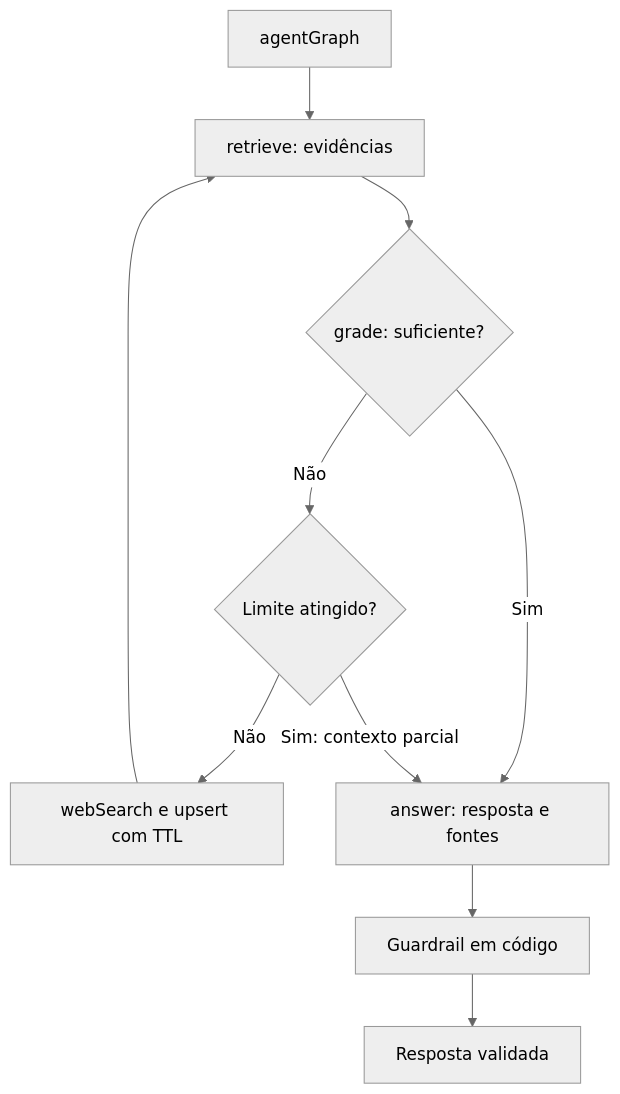
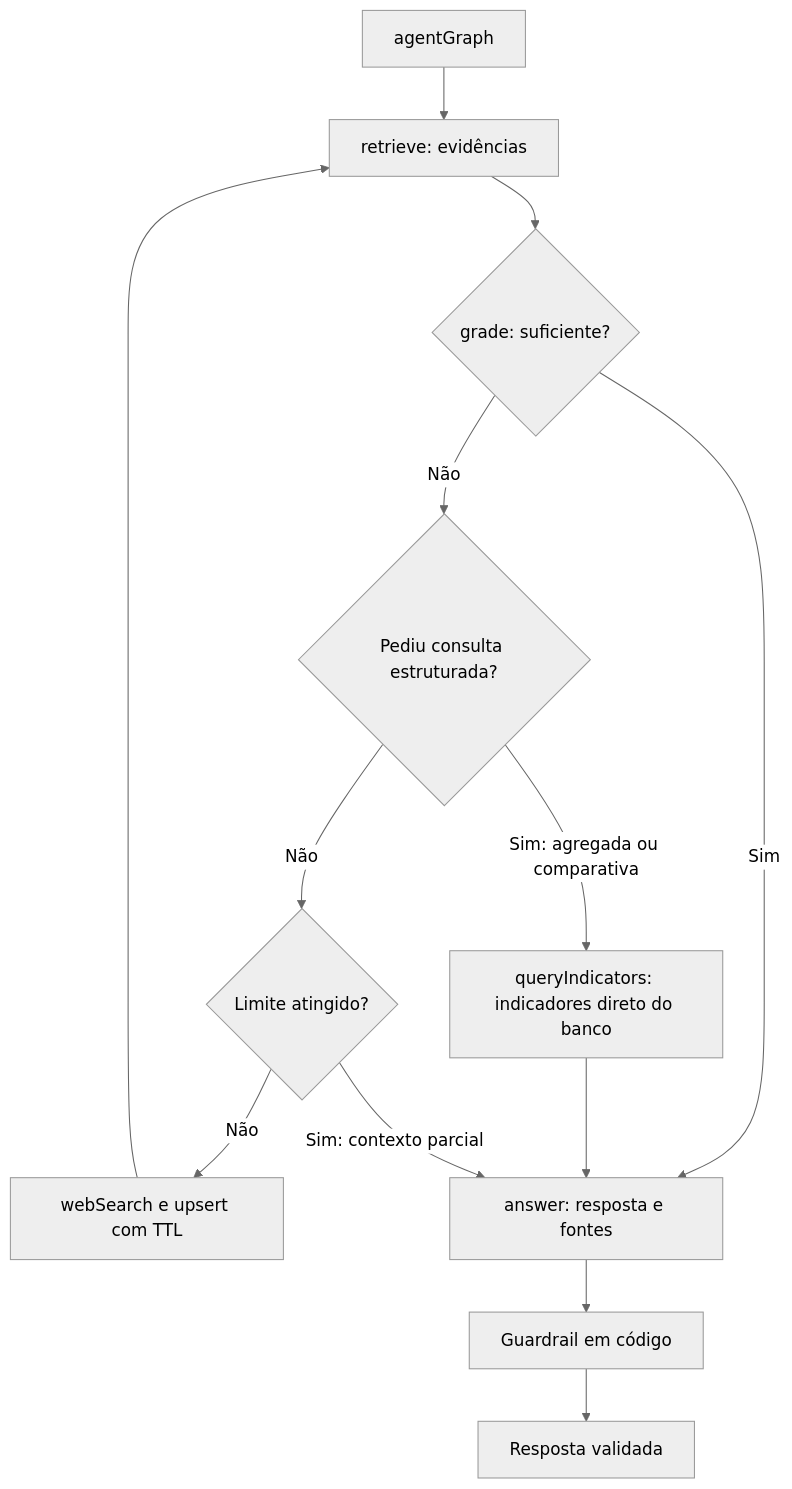
Before and after one commit to fabioestevam2404/ai-researcher-seed: the second of 3 diagrams in README.md, drawn with Mermaid (neutral theme).

Commit message:
Inclui a consulta estruturada no diagrama do agente

````diff
--- a/README.md
+++ b/README.md
@@ -142,21 +142,26 @@
 ```mermaid
 flowchart TB
     agentGraph["agentGraph"]
     retrieve["retrieve: evidências"]
     grade{"grade: suficiente?"}
+    consulta{"Pediu consulta estruturada?"}
+    queryIndicators["queryIndicators: indicadores direto do banco"]
     limite{"Limite atingido?"}
     webSearch["webSearch e upsert com TTL"]
     answer["answer: resposta e fontes"]
     guardrail["Guardrail em código"]
     resposta["Resposta validada"]
 
     agentGraph --> retrieve
     retrieve --> grade
     grade -->|"Sim"| answer
-    grade -->|"Não"| limite
+    grade -->|"Não"| consulta
+    consulta -->|"Sim: agregada ou comparativa"| queryIndicators
+    queryIndicators --> answer
+    consulta -->|"Não"| limite
     limite -->|"Não"| webSearch
     webSearch --> retrieve
     limite -->|"Sim: contexto parcial"| answer
     answer --> guardrail
     guardrail --> resposta
 ```
````
